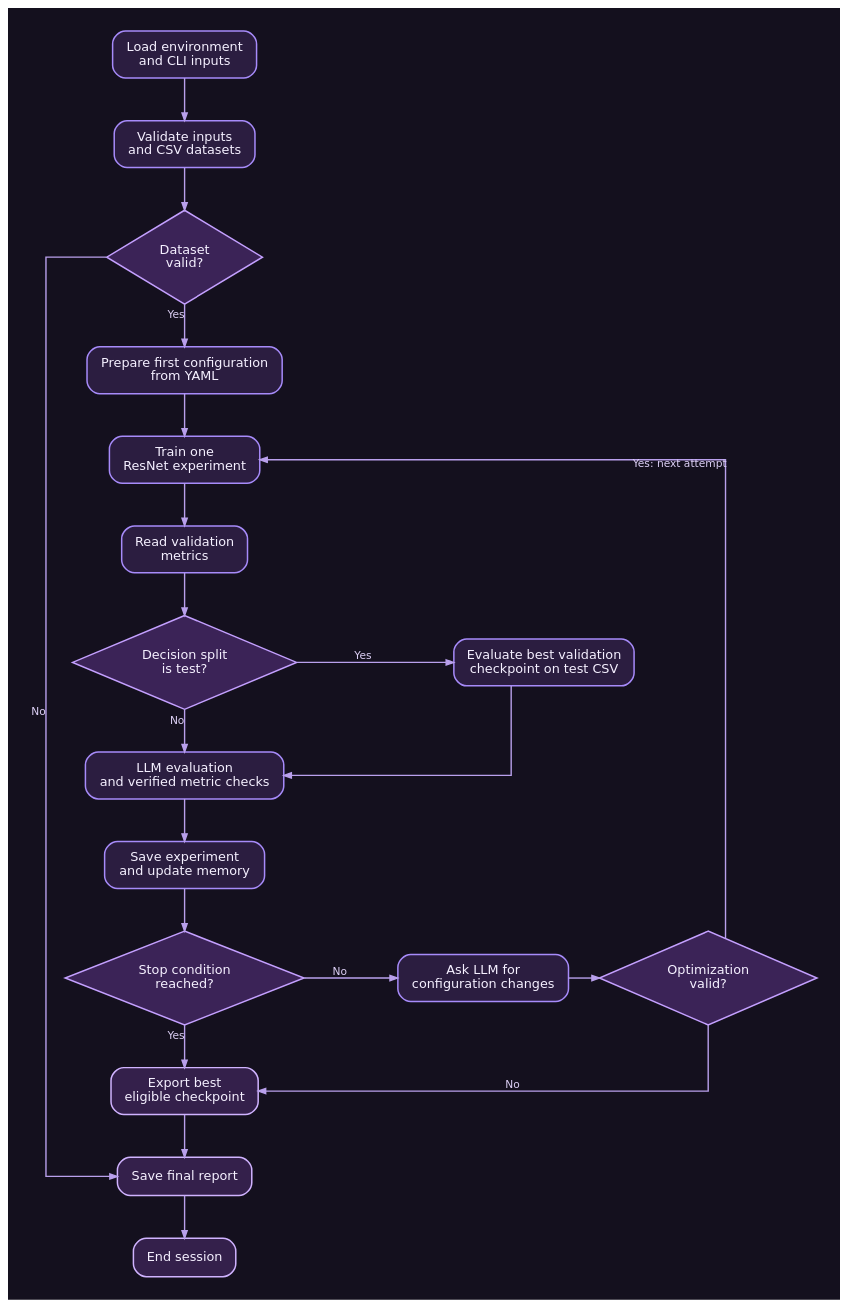
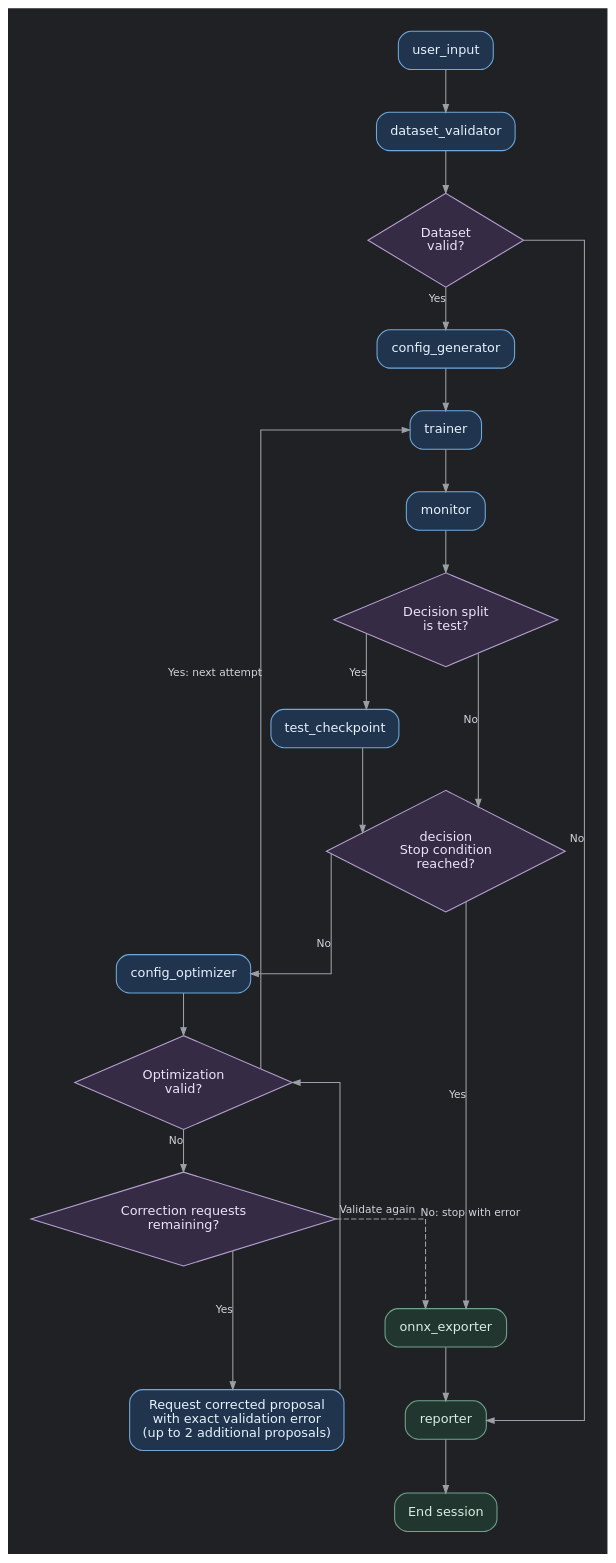
One commit to NoraAlqasem/classification_agent changed the diagram in docs/assets/agent-workflow.dot. Above: the diagram before and after it, drawn with Graphviz. The commit also changed 12 other files, not shown here.

```diff
--- a/docs/assets/agent-workflow.dot
+++ b/docs/assets/agent-workflow.dot
@@ -1,40 +1,163 @@
 digraph AgentWorkflow {
-  graph [rankdir=TB, bgcolor="#14101e", pad=0.3, nodesep=0.4, ranksep=0.55, splines=ortho];
-  node [shape=box, style="rounded,filled", fillcolor="#2b1d40", color="#a78bfa", fontcolor="#f5f0ff", penwidth=1.4, fontname="DejaVu Sans", fontsize=12, margin="0.18,0.12", group=main];
-  edge [color="#b9a0ec", fontcolor="#ddd0f6", penwidth=1.3, fontname="DejaVu Sans", fontsize=10, arrowsize=0.7, weight=10];
+  graph [
+    rankdir=TB,
+    bgcolor="#202124",
+    pad=0.3,
+    nodesep=0.4,
+    ranksep=0.55,
+    splines=ortho
+  ];
 
-  input [label="Load environment\nand CLI inputs"];
-  validate [label="Validate inputs\nand CSV datasets"];
-  valid [label="Dataset\nvalid?", shape=diamond, style=filled, fillcolor="#3b2357", color="#c4a0ff"];
-  baseline [label="Prepare first configuration\nfrom YAML"];
-  train [label="Train one\nResNet experiment"];
-  monitor [label="Read validation\nmetrics"];
-  split [label="Decision split\nis test?", shape=diamond, style=filled, fillcolor="#3b2357", color="#c4a0ff"];
-  test [group=test, label="Evaluate best validation\ncheckpoint on test CSV"];
-  evaluate [label="LLM evaluation\nand verified metric checks"];
-  memory [label="Save experiment\nand update memory"];
-  stop [label="Stop condition\nreached?", shape=diamond, style=filled, fillcolor="#3b2357", color="#c4a0ff"];
-  optimize [group=tune, label="Ask LLM for\nconfiguration changes"];
-  proposal [group=proposal, label="Optimization\nvalid?", shape=diamond, style=filled, fillcolor="#3b2357", color="#c4a0ff"];
-  export [label="Export best\neligible checkpoint", fillcolor="#34204b", color="#d0b3ff"];
-  report [label="Save final report", fillcolor="#34204b", color="#d0b3ff"];
-  end [label="End session", fillcolor="#34204b", color="#d0b3ff"];
+  node [
+    shape=box,
+    style="rounded,filled",
+    fillcolor="#20354D",
+    color="#6FA8DC",
+    fontcolor="#E6F1FF",
+    fontname="DejaVu Sans",
+    fontsize=12,
+    margin="0.18,0.12",
+    group=main
+  ];
 
-  input -> validate -> valid;
-  valid -> baseline [xlabel="Yes"];
-  valid -> report [xlabel="No", constraint=false, weight=0];
-  baseline -> train -> monitor -> split;
-  split -> test [xlabel="Yes", weight=0];
-  split -> evaluate [xlabel="No"];
-  test -> evaluate [weight=0];
-  evaluate -> memory -> stop;
-  stop -> optimize [xlabel="No", weight=0];
-  stop -> export [xlabel="Yes"];
-  optimize -> proposal;
-  proposal -> train [xlabel="Yes: next attempt", constraint=false];
-  proposal -> export [xlabel="No"];
-  export -> report -> end;
+  edge [
+    color="#9AA0A6",
+    fontcolor="#D1D5DB",
+    fontname="DejaVu Sans",
+    fontsize=10,
+    arrowsize=0.7,
+    weight=10
+  ];
 
-  { rank=same; split; test; }
-  { rank=same; stop; optimize; proposal; }
+  user_input [label="user_input"];
+  dataset_validator [label="dataset_validator"];
+
+  valid [
+    label="Dataset\nvalid?",
+    shape=diamond,
+    style=filled,
+    fillcolor="#352B45",
+    color="#B6A0D1",
+    fontcolor="#EDE2FA"
+  ];
+
+  config_generator [label="config_generator"];
+  trainer [label="trainer"];
+  monitor [label="monitor"];
+
+  split [
+    label="Decision split\nis test?",
+    shape=diamond,
+    style=filled,
+    fillcolor="#352B45",
+    color="#B6A0D1",
+    fontcolor="#EDE2FA"
+  ];
+
+  test_checkpoint [
+    label="test_checkpoint",
+    group=test
+  ];
+
+  decision [
+    label="decision\nStop condition\nreached?",
+    shape=diamond,
+    style=filled,
+    fillcolor="#352B45",
+    color="#B6A0D1",
+    fontcolor="#EDE2FA"
+  ];
+
+  config_optimizer [
+    label="config_optimizer",
+    group=tune
+  ];
+
+  proposal [
+    label="Optimization\nvalid?",
+    group=proposal,
+    shape=diamond,
+    style=filled,
+    fillcolor="#352B45",
+    color="#B6A0D1",
+    fontcolor="#EDE2FA"
+  ];
+
+  retries [
+    label="Correction requests\nremaining?",
+    group=proposal,
+    shape=diamond,
+    style=filled,
+    fillcolor="#352B45",
+    color="#B6A0D1",
+    fontcolor="#EDE2FA"
+  ];
+
+  correct [
+    label="Request corrected proposal\nwith exact validation error\n(up to 2 additional proposals)",
+    group=correction
+  ];
+
+  onnx_exporter [
+    label="onnx_exporter",
+    fillcolor="#20362F",
+    color="#71A28C",
+    fontcolor="#D8EEE3"
+  ];
+
+  reporter [
+    label="reporter",
+    fillcolor="#20362F",
+    color="#71A28C",
+    fontcolor="#D8EEE3"
+  ];
+
+  end [
+    label="End session",
+    fillcolor="#20362F",
+    color="#71A28C",
+    fontcolor="#D8EEE3"
+  ];
+
+  user_input -> dataset_validator -> valid;
+
+  valid -> config_generator [xlabel="Yes"];
+  valid -> reporter [
+    xlabel="No",
+    constraint=false,
+    weight=0
+  ];
+
+  config_generator -> trainer -> monitor -> split;
+
+  split -> test_checkpoint [xlabel="Yes", weight=0];
+  split -> decision [xlabel="No"];
+  test_checkpoint -> decision [weight=0];
+
+  decision -> config_optimizer [xlabel="No", weight=0];
+  decision -> onnx_exporter [xlabel="Yes"];
+
+  config_optimizer -> proposal;
+
+  proposal -> trainer [
+    xlabel="Yes: next attempt",
+    constraint=false,
+    weight=0
+  ];
+
+  proposal -> retries [xlabel="No"];
+  retries -> correct [xlabel="Yes", weight=0];
+
+  correct -> proposal [
+    xlabel="Validate again",
+    constraint=false,
+    weight=0
+  ];
+
+  retries -> onnx_exporter [
+    xlabel="No: stop with error",
+    style=dashed
+  ];
+
+  onnx_exporter -> reporter -> end;
 }
```
